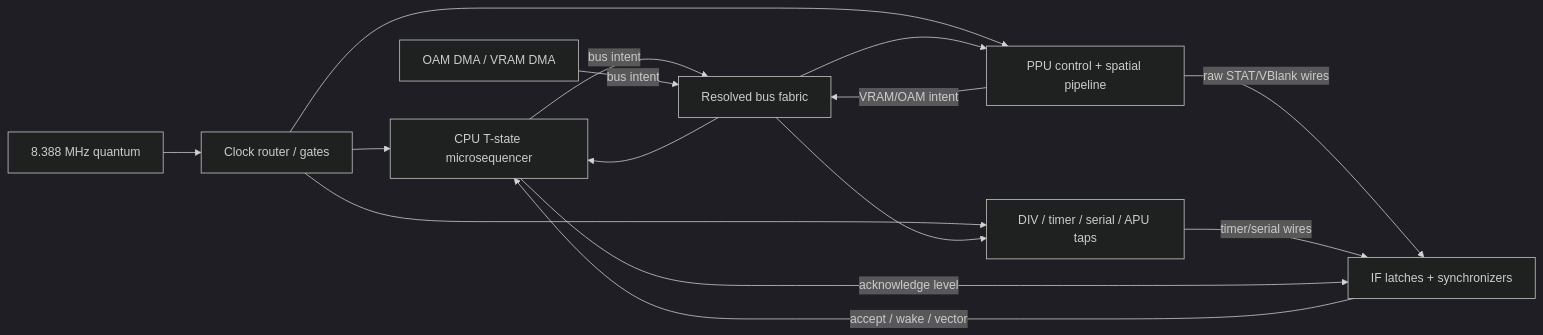
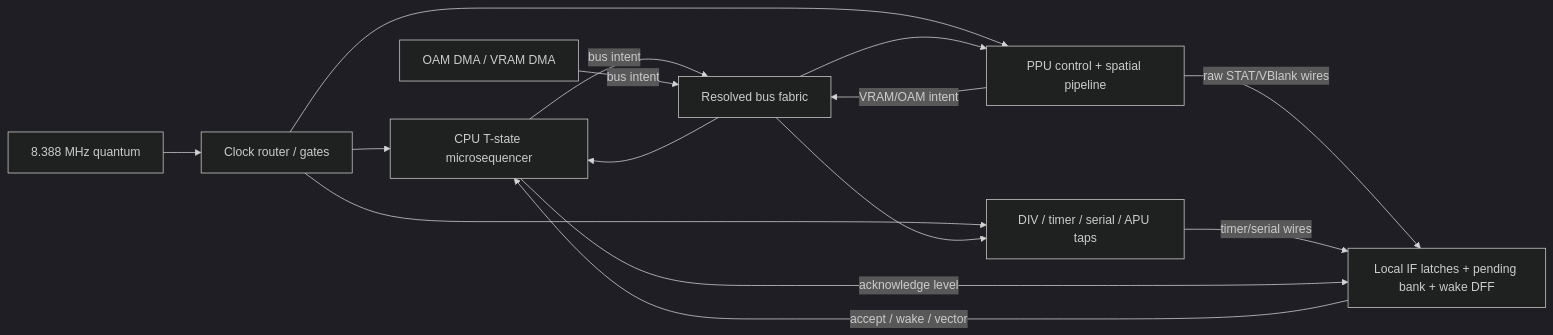
The diagram in doc/signal-driven-core.md (trekawek/coffee-gb), drawn with Mermaid (dark theme) before and after one commit. The commit also changed other lines of this file and 16 other files, not shown here.

````diff
--- a/doc/signal-driven-core.md
+++ b/doc/signal-driven-core.md
@@ -201,17 +201,17 @@
 ```mermaid
 flowchart LR
     Crystal["8.388 MHz quantum"] --> ClockRouter["Clock router / gates"]
     ClockRouter --> CPU["CPU T-state microsequencer"]
     ClockRouter --> PPU["PPU control + spatial pipeline"]
     ClockRouter --> DIV["DIV / timer / serial / APU taps"]
     CPU -->|"bus intent"| Buses["Resolved bus fabric"]
     DMA["OAM DMA / VRAM DMA"] -->|"bus intent"| Buses
     PPU -->|"VRAM/OAM intent"| Buses
     Buses --> CPU
     Buses --> PPU
     Buses --> DIV
-    PPU -->|"raw STAT/VBlank wires"| IRQ["IF latches + synchronizers"]
+    PPU -->|"raw STAT/VBlank wires"| IRQ["Local IF latches + pending bank + wake DFF"]
     DIV -->|"timer/serial wires"| IRQ
     IRQ -->|"accept / wake / vector"| CPU
     CPU -->|"acknowledge level"| IRQ
 ```
````
